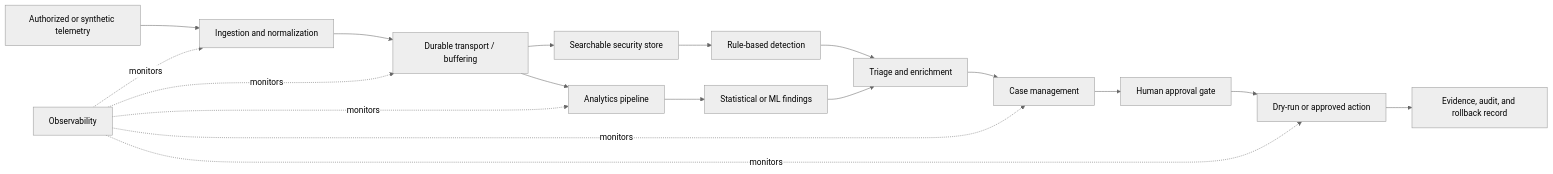
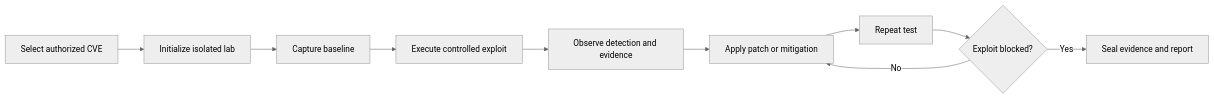
One commit to Muath-Yousef/project-synapse changed the second of 2 diagrams in docs/architecture.md. Above: the diagram before and after it, drawn with Mermaid (neutral theme). The commit also changed other lines of this file, not shown here.

Commit message:
Document PSM and CVE lab architecture from source records

````diff
--- a/docs/architecture.md
+++ b/docs/architecture.md
@@ -9,20 +60,12 @@
 ```mermaid
 flowchart LR
-    A["Authorized or synthetic telemetry"] --> B["Ingestion and normalization"]
-    B --> C["Durable transport / buffering"]
-    C --> D["Searchable security store"]
-    C --> E["Analytics pipeline"]
-    D --> F["Rule-based detection"]
-    E --> G["Statistical or ML findings"]
-    F --> H["Triage and enrichment"]
-    G --> H
-    H --> I["Case management"]
-    I --> J["Human approval gate"]
-    J --> K["Dry-run or approved action"]
-    K --> L["Evidence, audit, and rollback record"]
-    M["Observability"] -. monitors .-> B
-    M -. monitors .-> C
-    M -. monitors .-> E
-    M -. monitors .-> I
-    M -. monitors .-> K
+    A["Select authorized CVE"] --> B["Initialize isolated lab"]
+    B --> C["Capture baseline"]
+    C --> D["Execute controlled exploit"]
+    D --> E["Observe detection and evidence"]
+    E --> F["Apply patch or mitigation"]
+    F --> G["Repeat test"]
+    G --> H{"Exploit blocked?"}
+    H -- No --> F
+    H -- Yes --> I["Seal evidence and report"]
 ```
````
